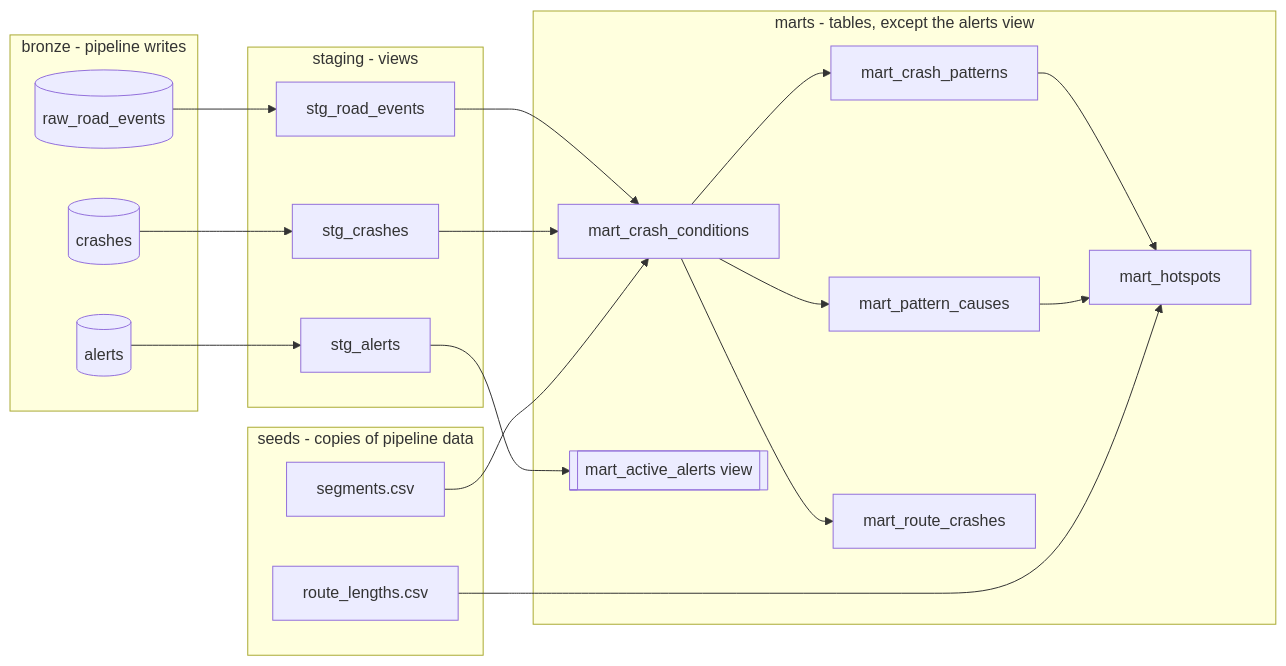
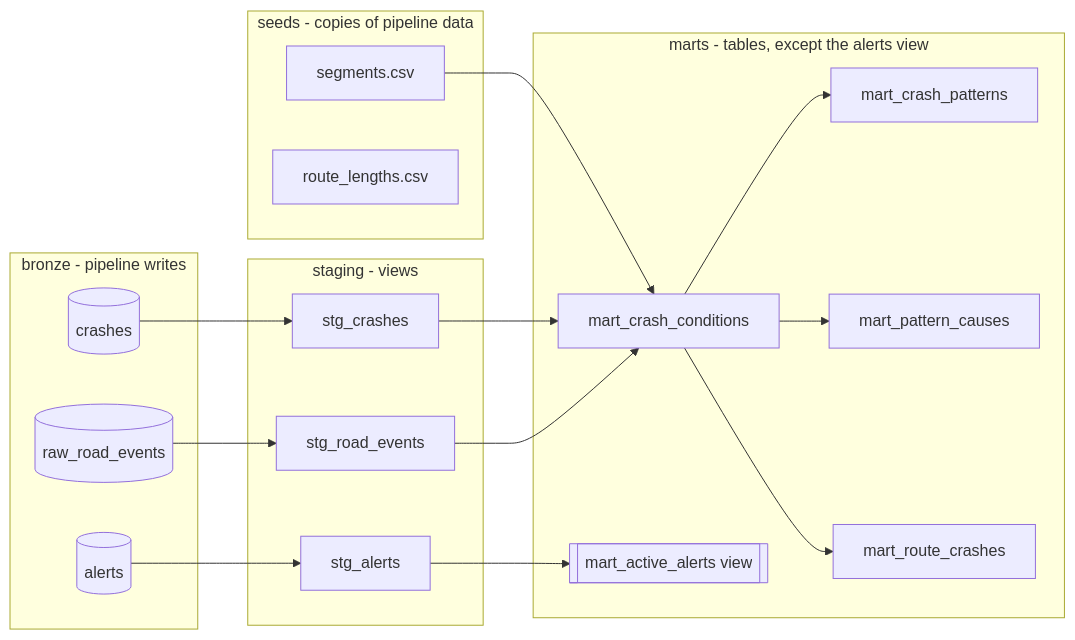
Before and after one commit to mariekarpinska/sierra-pass-watch: the diagram in docs/warehouse.md, drawn with Mermaid. The commit also changed other lines of this file and 42 other files, not shown here.

````diff
--- a/docs/warehouse.md
+++ b/docs/warehouse.md
@@ -12,34 +12,32 @@
 ```mermaid
 flowchart LR
   subgraph bronze [bronze - pipeline writes]
     RRE[(raw_road_events)]
     CR[(crashes)]
     AL[(alerts)]
   end
   subgraph seeds [seeds - copies of pipeline data]
     SEG[segments.csv]
     RL[route_lengths.csv]
   end
   subgraph staging [staging - views]
     SRE[stg_road_events]
     SCR[stg_crashes]
     SAL[stg_alerts]
   end
   subgraph marts [marts - tables, except the alerts view]
     MCC[mart_crash_conditions]
     MCP[mart_crash_patterns]
     MPC[mart_pattern_causes]
-    MH[mart_hotspots]
     MRC[mart_route_crashes]
     MAA[[mart_active_alerts view]]
   end
 
   RRE --> SRE --> MCC
   CR --> SCR --> MCC
   AL --> SAL --> MAA
   SEG --> MCC
-  MCC --> MCP --> MH
-  MCC --> MPC --> MH
-  RL --> MH
+  MCC --> MCP
+  MCC --> MPC
   MCC --> MRC
 ```
````
